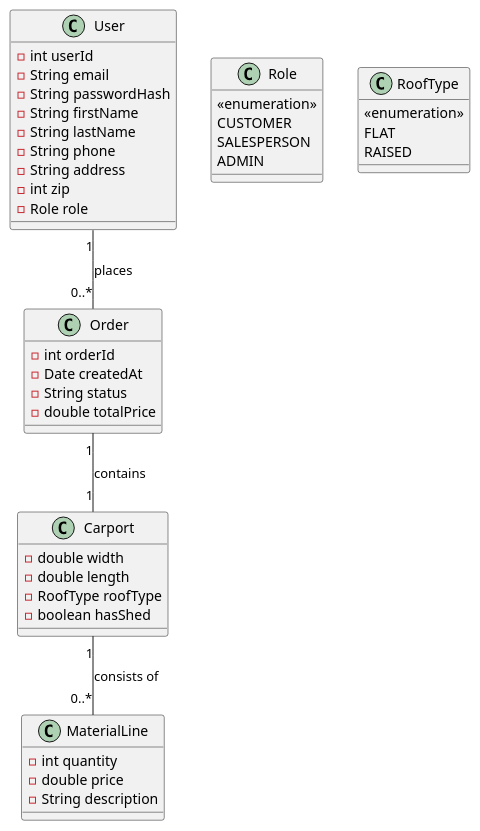
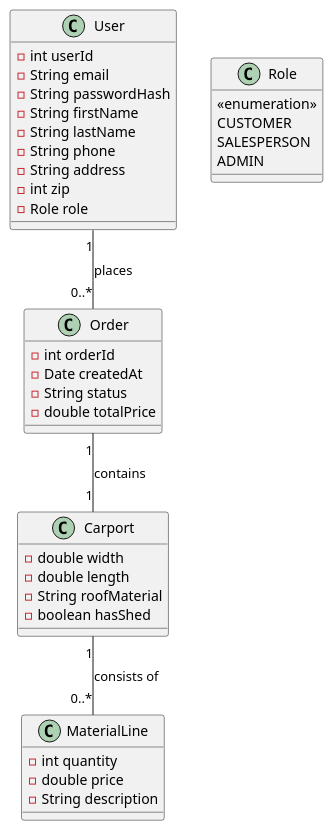
The diagram in src/main/resources/uml/DomainModel-Carport.puml (EmilOzel/Carport-FOG), drawn with PlantUML before and after one commit. The commit also changed 16 other files, not shown here.

```diff
--- a/src/main/resources/uml/DomainModel-Carport.puml
+++ b/src/main/resources/uml/DomainModel-Carport.puml
@@ -1,52 +1,46 @@
 @startuml
 
 class User {
     - int userId
     - String email
     - String passwordHash
     - String firstName
     - String lastName
     - String phone
     - String address
     - int zip
     - Role role
 }
 
 class Order {
     - int orderId
     - Date createdAt
     - String status
     - double totalPrice
 }
 
 class Carport {
     - double width
     - double length
-    - RoofType roofType
+    - String roofMaterial
     - boolean hasShed
 }
 
 class MaterialLine {
     - int quantity
     - double price
     - String description
 }
 
 class Role {
     <<enumeration>>
     CUSTOMER
     SALESPERSON
     ADMIN
 }
 
-class RoofType {
-    <<enumeration>>
-    FLAT
-    RAISED
-}
-
 User "1" -- "0..*" Order : places
 Order "1" -- "1" Carport : contains
 Carport "1" -- "0..*" MaterialLine : consists of
 
 @enduml
```
